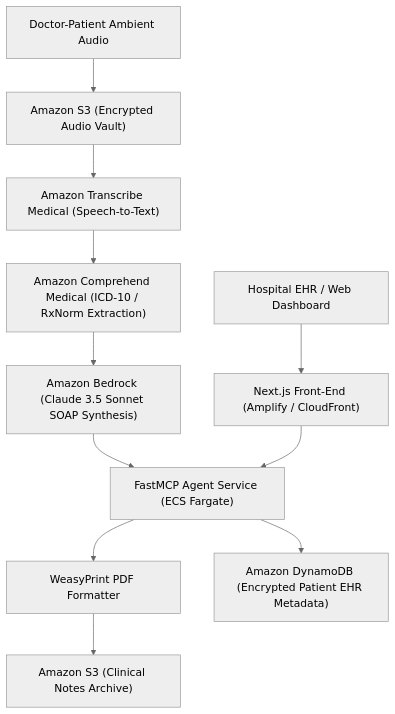
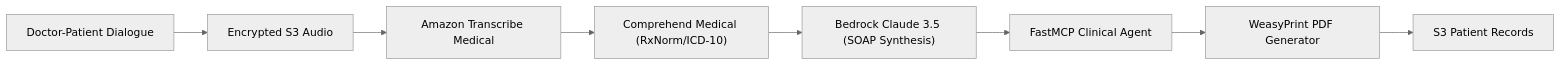
Before and after one commit to prak05/MediScribe-2.0-clean: the diagram in README.md, drawn with Mermaid (neutral theme). The commit also changed other lines of this file, not shown here.

````diff
--- a/README.md
+++ b/README.md
@@ -22,13 +68,10 @@
 ```mermaid
-flowchart TD
-    Audio["Doctor-Patient Ambient Audio"] --> S3Audio["Amazon S3 (Encrypted Audio Vault)"]
-    S3Audio --> Transcribe["Amazon Transcribe Medical (Speech-to-Text)"]
-    Transcribe --> Comprehend["Amazon Comprehend Medical (ICD-10 / RxNorm Extraction)"]
-    Comprehend --> Bedrock["Amazon Bedrock (Claude 3.5 Sonnet SOAP Synthesis)"]
-    Bedrock --> FastMCP["FastMCP Agent Service (ECS Fargate)"]
-    FastMCP --> WeasyPrint["WeasyPrint PDF Formatter"]
-    WeasyPrint --> S3Notes["Amazon S3 (Clinical Notes Archive)"]
-    FastMCP --> Dynamo["Amazon DynamoDB (Encrypted Patient EHR Metadata)"]
-    EHR["Hospital EHR / Web Dashboard"] --> NextJS["Next.js Front-End (Amplify / CloudFront)"]
-    NextJS --> FastMCP
+flowchart LR
+    Mic["Doctor-Patient Dialogue"] --> S3Audio["Encrypted S3 Audio"]
+    S3Audio --> Transcribe["Amazon Transcribe Medical"]
+    Transcribe --> Comprehend["Comprehend Medical (RxNorm/ICD-10)"]
+    Comprehend --> Bedrock["Bedrock Claude 3.5 (SOAP Synthesis)"]
+    Bedrock --> FastMCP["FastMCP Clinical Agent"]
+    FastMCP --> WeasyPrint["WeasyPrint PDF Generator"]
+    WeasyPrint --> S3Notes["S3 Patient Records"]
 ```
````
